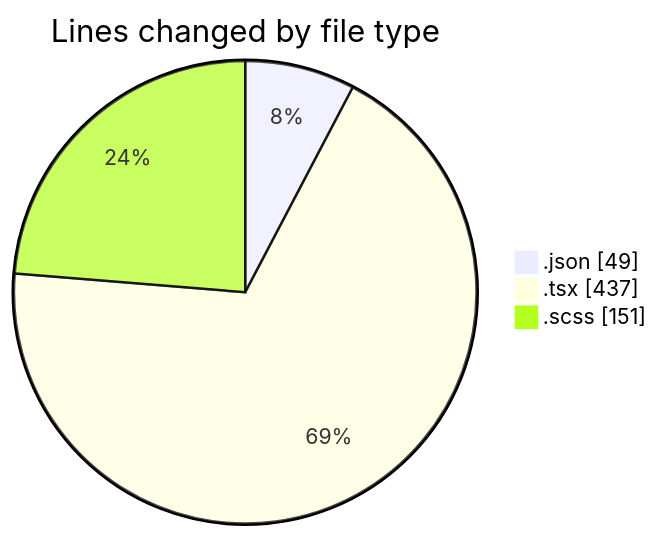
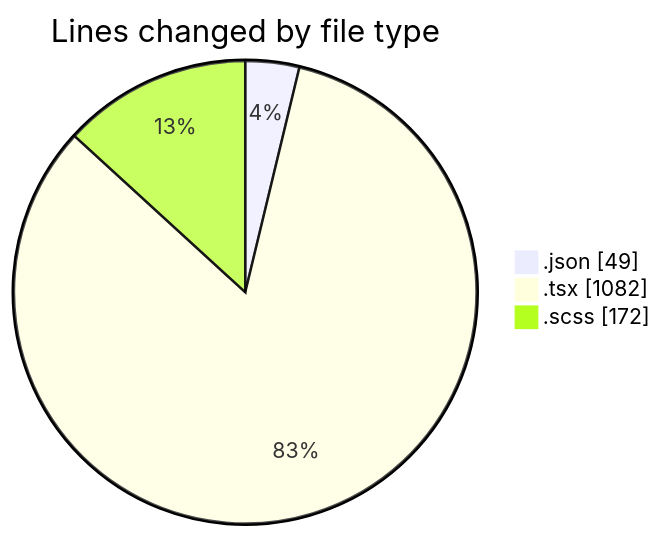
The first of 2 diagrams in 2025-08-20/cda/README.md (momahboobian/code-tracking), drawn with Mermaid before and after one commit. The commit also changed other lines of this file and 1 other file, not shown here.

````diff
--- a/2025-08-20/cda/README.md
+++ b/2025-08-20/cda/README.md
@@ -23,7 +25,7 @@
 ```mermaid
 pie showData
 title Lines changed by file type
 ".json" : 49
-".tsx" : 437
-".scss" : 151
+".tsx" : 1082
+".scss" : 172
 ```
````
